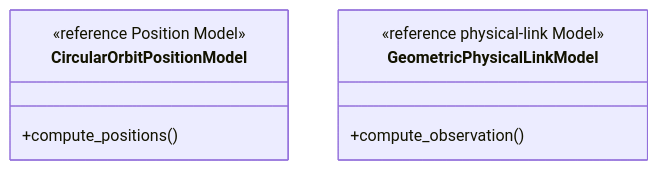
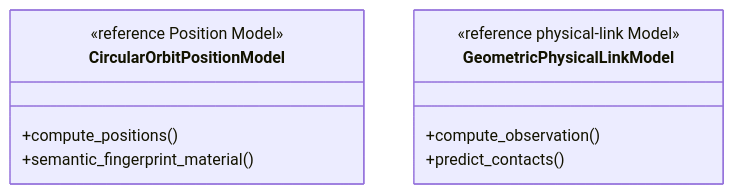
The second of 2 diagrams in skyseed_v2/src/skyseed_v2/simulator/models/README.md (seed-labs/skyseed), drawn with Mermaid before and after one commit. The commit also changed other lines of this file and 178 other files, not shown here.

````diff
--- a/skyseed_v2/src/skyseed_v2/simulator/models/README.md
+++ b/skyseed_v2/src/skyseed_v2/simulator/models/README.md
@@ -55,11 +55,13 @@
 ```mermaid
 classDiagram
     class CircularOrbitPositionModel {
         <<reference Position Model>>
         +compute_positions()
+        +semantic_fingerprint_material()
     }
     class GeometricPhysicalLinkModel {
         <<reference physical-link Model>>
         +compute_observation()
+        +predict_contacts()
     }
 ```
````
